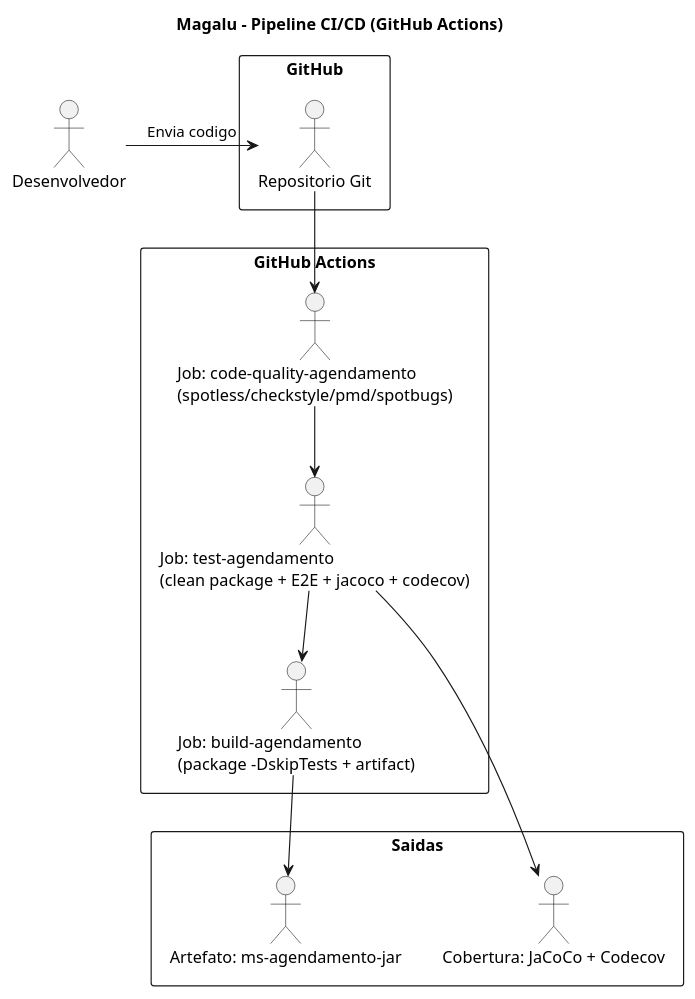
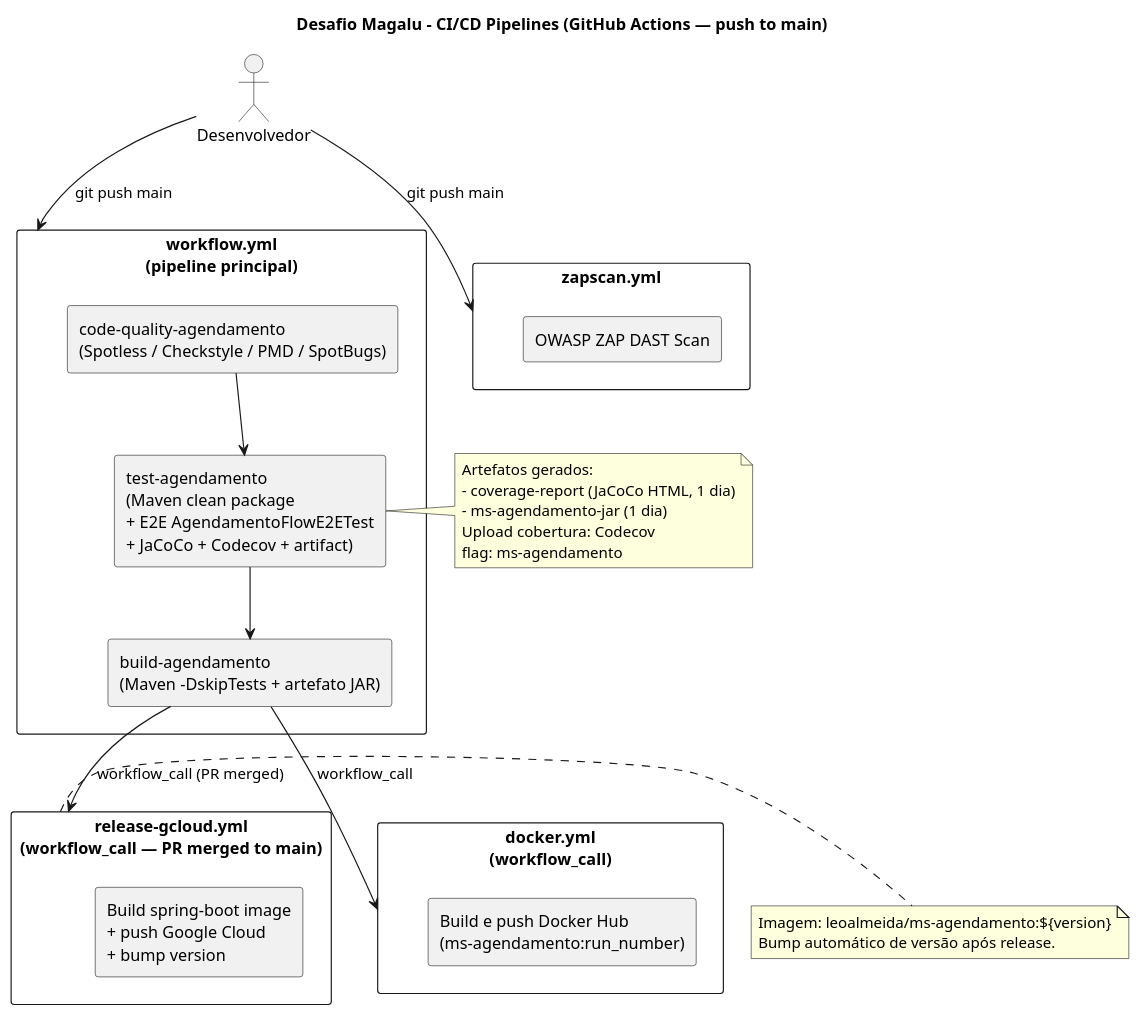
One commit to leoalmeida/desafioMagalu changed the diagram in docs/architecture/cicd-diagram.puml. Above: the diagram before and after it, drawn with PlantUML. The commit also changed 7 other files, not shown here.

Commit message:
Inclusão do web-ui do openapi e atualização dos diagramas de documentação.

```diff
--- a/docs/architecture/cicd-diagram.puml
+++ b/docs/architecture/cicd-diagram.puml
@@ -1,32 +1,47 @@
 @startuml cicd_diagram
 
-title Magalu - Pipeline CI/CD (GitHub Actions)
+title Desafio Magalu - CI/CD Pipelines (GitHub Actions — push to main)
 
 actor Desenvolvedor
 
-rectangle GitHub {
-
-    Desenvolvedor -> "Repositorio Git" : Envia codigo
-
+rectangle "workflow.yml\n(pipeline principal)" as wf_main {
+    rectangle "code-quality-agendamento\n(Spotless / Checkstyle / PMD / SpotBugs)" as quality
+    rectangle "test-agendamento\n(Maven clean package\n+ E2E AgendamentoFlowE2ETest\n+ JaCoCo + Codecov + artifact)" as tests
+    rectangle "build-agendamento\n(Maven -DskipTests + artefato JAR)" as build
 }
 
-rectangle "GitHub Actions" {
-
-    "Job: code-quality-agendamento\n(spotless/checkstyle/pmd/spotbugs)" as quality
-    "Job: test-agendamento\n(clean package + E2E + jacoco + codecov)" as tests
-    "Job: build-agendamento\n(package -DskipTests + artifact)" as build
-
+rectangle "docker.yml\n(workflow_call)" as docker_wf {
+    rectangle "Build e push Docker Hub\n(ms-agendamento:run_number)" as docker_push
 }
 
-rectangle "Saidas" {
-    "Artefato: ms-agendamento-jar" as artifact
-    "Cobertura: JaCoCo + Codecov" as coverage
+rectangle "release-gcloud.yml\n(workflow_call — PR merged to main)" as release_wf {
+    rectangle "Build spring-boot image\n+ push Google Cloud\n+ bump version" as gcloud_release
 }
 
-"Repositorio Git" --> quality
+rectangle "zapscan.yml" as zap_wf {
+    rectangle "OWASP ZAP DAST Scan" as zap_scan
+}
+
+Desenvolvedor --> wf_main : git push main
+Desenvolvedor --> zap_wf : git push main
+
 quality --> tests
 tests --> build
-tests --> coverage
-build --> artifact
+
+build --> docker_wf : workflow_call
+build --> release_wf : workflow_call (PR merged)
+
+note right of tests
+    Artefatos gerados:
+    - coverage-report (JaCoCo HTML, 1 dia)
+    - ms-agendamento-jar (1 dia)
+    Upload cobertura: Codecov
+    flag: ms-agendamento
+end note
+
+note right of release_wf
+    Imagem: leoalmeida/ms-agendamento:${version}
+    Bump automático de versão após release.
+end note
 
 @enduml
```
